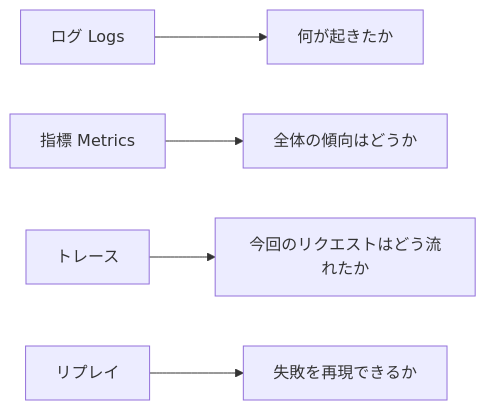
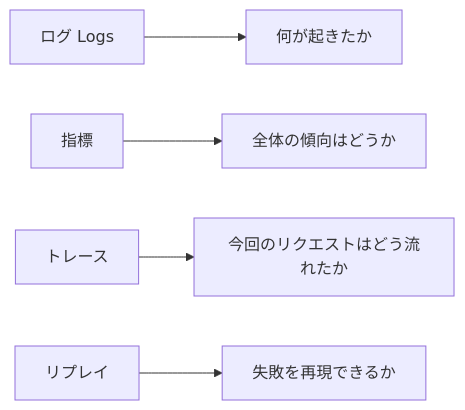
The first of 2 diagrams in i18n/ja/docusaurus-plugin-content-docs/current/ch09-agent/ch08-eval-safety/05-observability.md (oudbiao/AI-fullstack-course), drawn with Mermaid before and after one commit. The commit also changed 27 other files, not shown here.

````diff
--- a/i18n/ja/docusaurus-plugin-content-docs/current/ch09-agent/ch08-eval-safety/05-observability.md
+++ b/i18n/ja/docusaurus-plugin-content-docs/current/ch09-agent/ch08-eval-safety/05-observability.md
@@ -25,7 +25,7 @@
 ```mermaid
 flowchart LR
   A[ログ Logs] --> B[何が起きたか]
-  C[指標 Metrics] --> D[全体の傾向はどうか]
+  C[指標] --> D[全体の傾向はどうか]
   E[トレース] --> F[今回のリクエストはどう流れたか]
   G[リプレイ] --> H[失敗を再現できるか]
 ```
````
